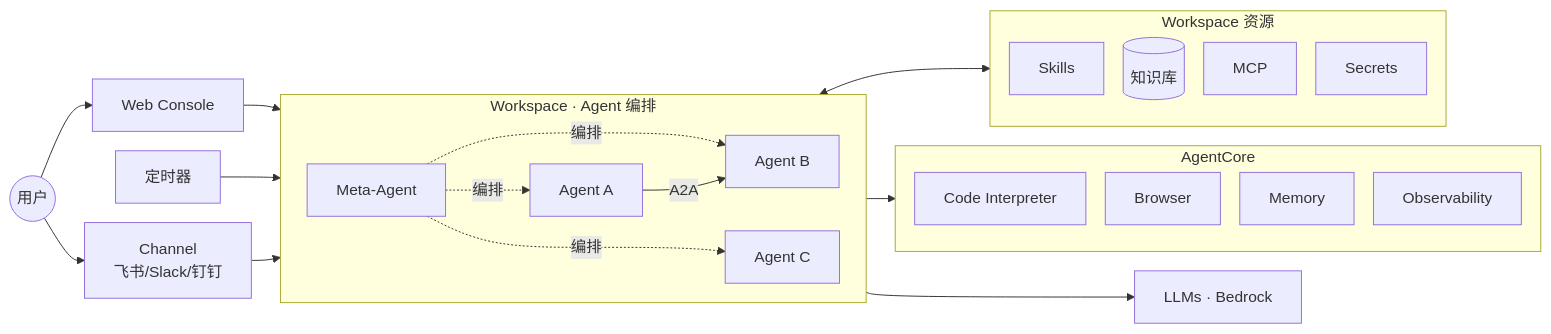
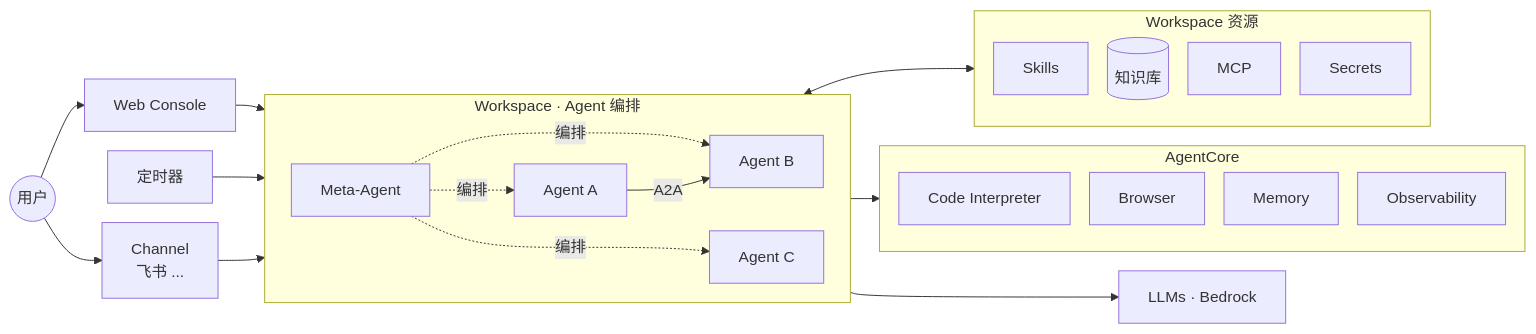
The first of 2 diagrams in README.md (ddpie/agent-studio), drawn with Mermaid before and after one commit. The commit also changed other lines of this file, not shown here.

Commit message:
docs: show only shipped channel (Feishu) in architecture diagrams

````diff
--- a/README.md
+++ b/README.md
@@ -57,37 +57,37 @@
 ```mermaid
 %%{init: {'flowchart': {'nodeSpacing': 20, 'rankSpacing': 30}} }%%
 flowchart LR
     User((用户)) --> Web[Web Console]
-    User --> Ch[Channel<br/>飞书/Slack/钉钉]
+    User --> Ch[Channel<br/>飞书 ...]
     Web & Cron[定时器] & Ch --> WS
 
     subgraph WS["Workspace · Agent 编排"]
         direction LR
         Meta[Meta-Agent] -.编排.-> A1 & A2 & A3
         A1[Agent A] -->|A2A| A2[Agent B]
         A3[Agent C]
         A1 ~~~ A3
     end
 
     subgraph Res["Workspace 资源"]
         direction TB
         S[Skills]
         K[(知识库)]
         M[MCP]
         Se[Secrets]
     end
 
     subgraph AC[AgentCore]
         direction TB
         CI[Code Interpreter]
         B[Browser]
         Me[Memory]
         O[Observability]
     end
 
     LLM[LLMs · Bedrock]
 
     WS <--> Res
     WS --> AC
     WS --> LLM
 ```
````
